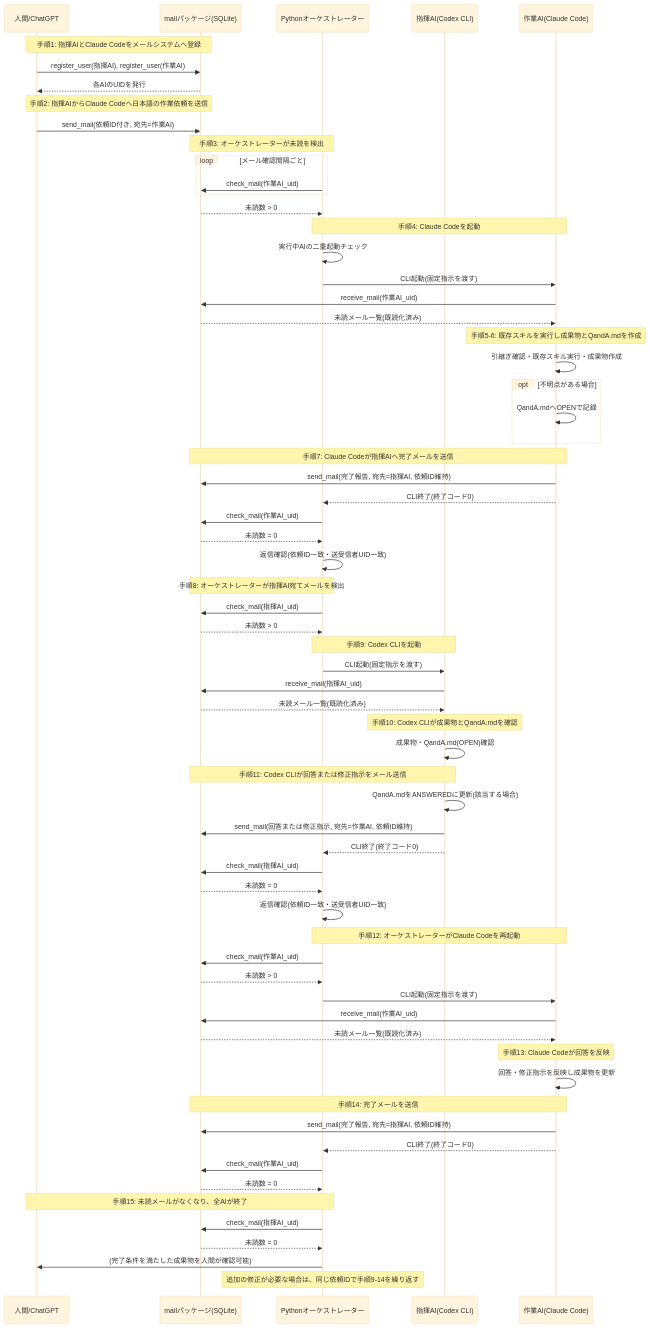
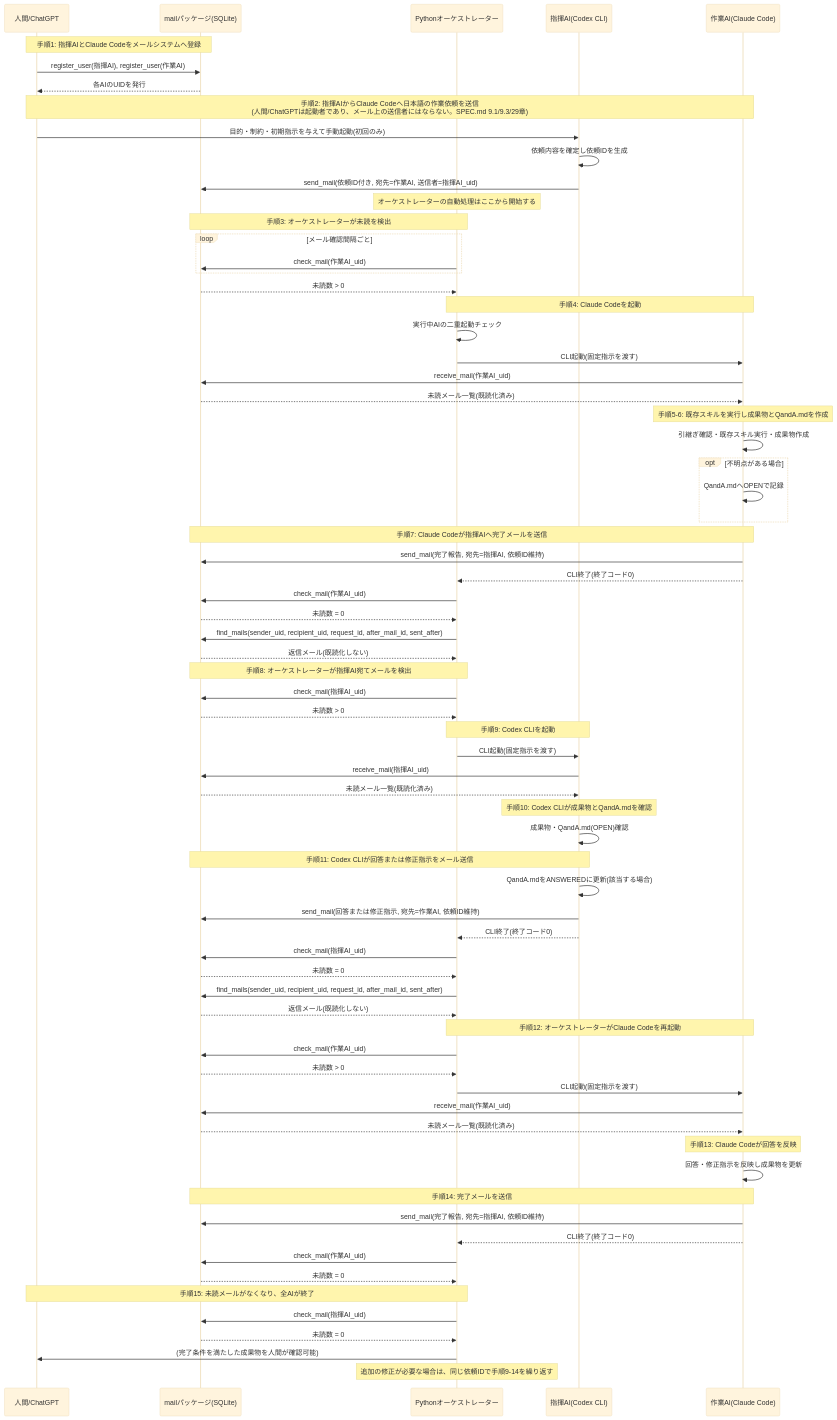
One commit to garyohosu/ai-orchestrator changed the first of 4 diagrams in orchestrator/SEQUENCE.md. Above: the diagram before and after it, drawn with Mermaid (base theme). The commit also changed other lines of this file and 6 other files, not shown here.

First line of the commit message:
docs: finalize initial request and mail query design

```diff
--- a/orchestrator/SEQUENCE.md
+++ b/orchestrator/SEQUENCE.md
@@ -16,8 +16,11 @@
     Human->>Mail: register_user(指揮AI), register_user(作業AI)
     Mail-->>Human: 各AIのUIDを発行
 
-    Note over Human,Mail: 手順2: 指揮AIからClaude Codeへ日本語の作業依頼を送信
-    Human->>Mail: send_mail(依頼ID付き, 宛先=作業AI)
+    Note over Human,Worker: 手順2: 指揮AIからClaude Codeへ日本語の作業依頼を送信<br/>(人間/ChatGPTは起動者であり、メール上の送信者にはならない。SPEC.md 9.1/9.3/29章)
+    Human->>Commander: 目的・制約・初期指示を与えて手動起動(初回のみ)
+    Commander->>Commander: 依頼内容を確定し依頼IDを生成
+    Commander->>Mail: send_mail(依頼ID付き, 宛先=作業AI, 送信者=指揮AI_uid)
+    Note over Orc: オーケストレーターの自動処理はここから開始する
 
     Note over Orc,Mail: 手順3: オーケストレーターが未読を検出
     loop メール確認間隔ごと
@@ -42,7 +45,8 @@
     Worker-->>Orc: CLI終了(終了コード0)
     Orc->>Mail: check_mail(作業AI_uid)
     Mail-->>Orc: 未読数 = 0
-    Orc->>Orc: 返信確認(依頼ID一致・送受信者UID一致)
+    Orc->>Mail: find_mails(sender_uid, recipient_uid, request_id, after_mail_id, sent_after)
+    Mail-->>Orc: 返信メール(既読化しない)
 
     Note over Orc,Mail: 手順8: オーケストレーターが指揮AI宛てメールを検出
     Orc->>Mail: check_mail(指揮AI_uid)
@@ -62,7 +66,8 @@
     Commander-->>Orc: CLI終了(終了コード0)
     Orc->>Mail: check_mail(指揮AI_uid)
     Mail-->>Orc: 未読数 = 0
-    Orc->>Orc: 返信確認(依頼ID一致・送受信者UID一致)
+    Orc->>Mail: find_mails(sender_uid, recipient_uid, request_id, after_mail_id, sent_after)
+    Mail-->>Orc: 返信メール(既読化しない)
 
     Note over Orc,Worker: 手順12: オーケストレーターがClaude Codeを再起動
     Orc->>Mail: check_mail(作業AI_uid)
```
